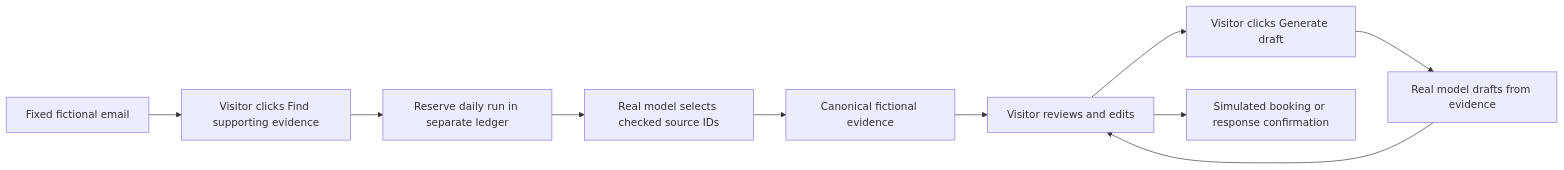
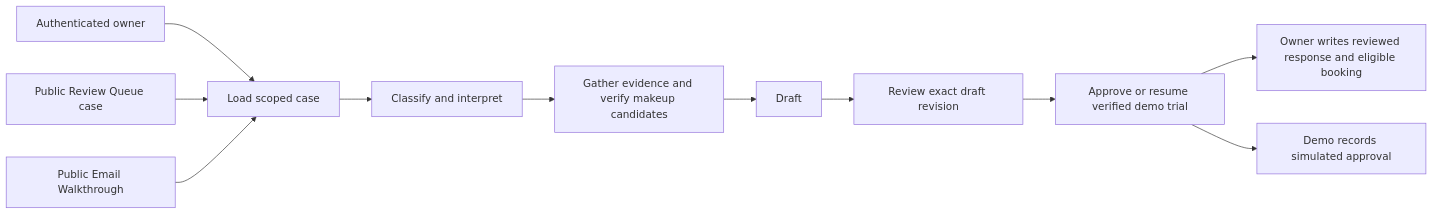
The diagram in docs/22-public-live-demo.md (manjunjiangclara-cmyk/dance-studio-agent), drawn with Mermaid before and after one commit. The commit also changed other lines of this file and 55 other files, not shown here.

Commit message:
Share LangGraph workflow with public demo

````diff
--- a/docs/22-public-live-demo.md
+++ b/docs/22-public-live-demo.md
@@ -7,12 +5,13 @@
 ```mermaid
 flowchart LR
-    Email[Fixed fictional email] --> Find[Visitor clicks Find supporting evidence]
-    Find --> Admit[Reserve daily run in separate ledger]
-    Admit --> Select[Real model selects checked source IDs]
-    Select --> Evidence[Canonical fictional evidence]
-    Evidence --> Review[Teacher supplies missing information or defers]
-    Review --> Generate[Visitor clicks Generate draft]
-    Generate --> Model[Real model drafts from evidence]
-    Model --> Review[Visitor reviews and edits]
-    Review --> Confirmation[Simulated booking or response confirmation]
+    Owner[Authenticated owner] --> Load[Load scoped case]
+    Demo[Public Review Queue case] --> Load
+    Walkthrough[Public Email Walkthrough] --> Load
+    Load --> Classify[Classify and interpret]
+    Classify --> Gather[Gather evidence and verify makeup candidates]
+    Gather --> Draft[Draft]
+    Draft --> Review[Review exact draft revision]
+    Review --> Approve[Approve or resume verified demo trial]
+    Approve --> Commit[Owner writes reviewed response and eligible booking]
+    Approve --> Simulate[Demo records simulated approval]
 ```
````
